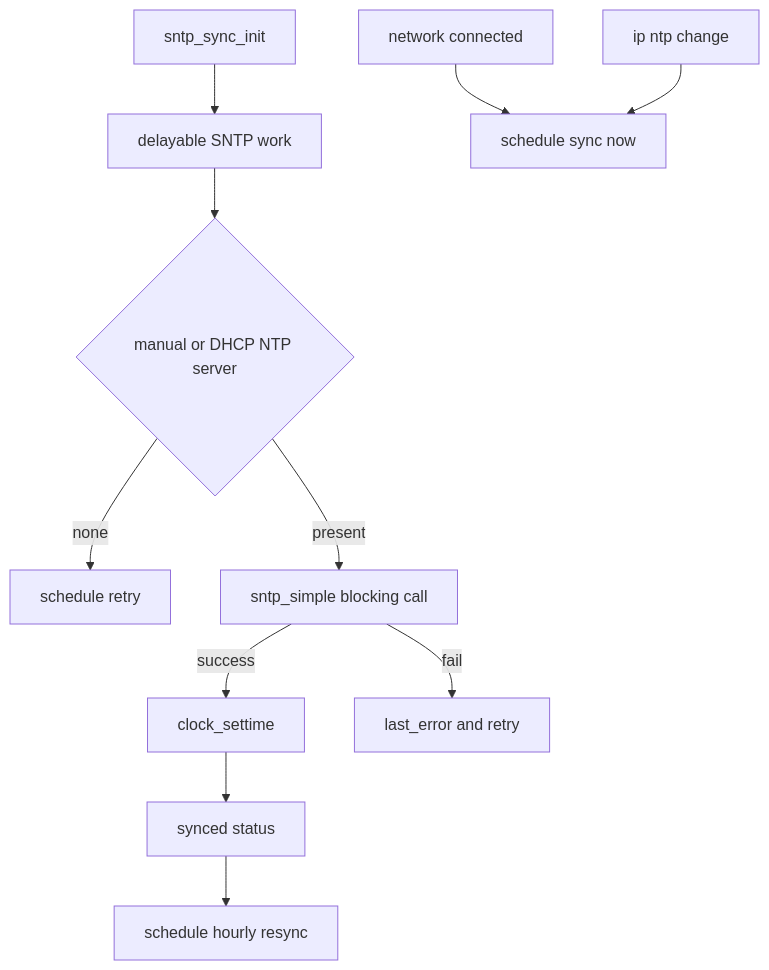
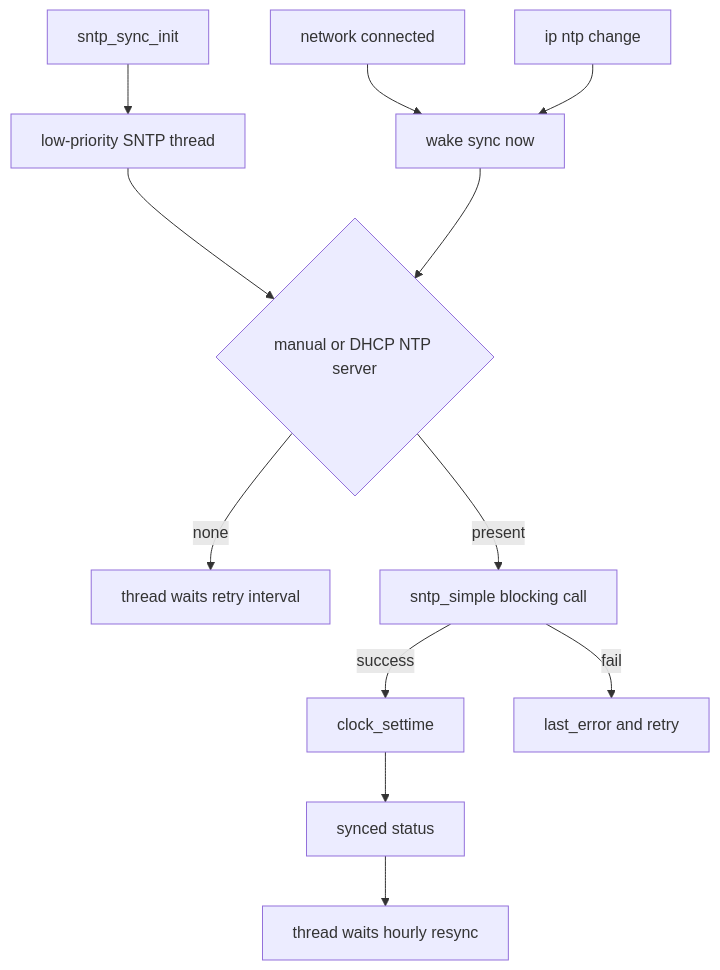
Diagram 16 of 17 in doc/diagrams.md (COO-Utilities/hispec-tib), drawn with Mermaid before and after one commit. The commit also changed other lines of this file and 12 other files, not shown here.

````diff
--- a/doc/diagrams.md
+++ b/doc/diagrams.md
@@ -286,13 +288,14 @@
 ```mermaid
 flowchart TD
-  Init[sntp_sync_init] --> Work[delayable SNTP work]
-  Network[network connected] --> ScheduleNow[schedule sync now]
-  IPSet[ip ntp change] --> ScheduleNow
-  Work --> Server{manual or DHCP NTP server}
-  Server -- none --> Retry[schedule retry]
+  Init[sntp_sync_init] --> Thread[low-priority SNTP thread]
+  Network[network connected] --> Wake[wake sync now]
+  IPSet[ip ntp change] --> Wake
+  Thread --> Server{manual or DHCP NTP server}
+  Wake --> Server
+  Server -- none --> Retry[thread waits retry interval]
   Server -- present --> SNTP[sntp_simple blocking call]
   SNTP -- success --> Clock[clock_settime]
   Clock --> Status[synced status]
-  Status --> Resync[schedule hourly resync]
+  Status --> Resync[thread waits hourly resync]
   SNTP -- fail --> Error[last_error and retry]
 ```
````
